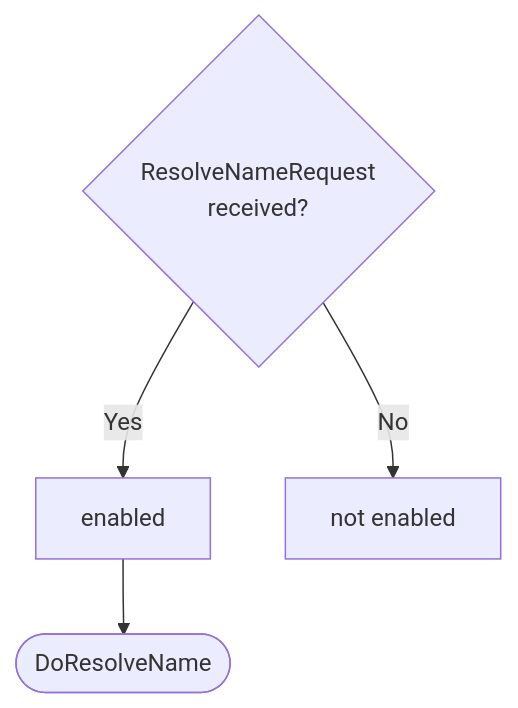
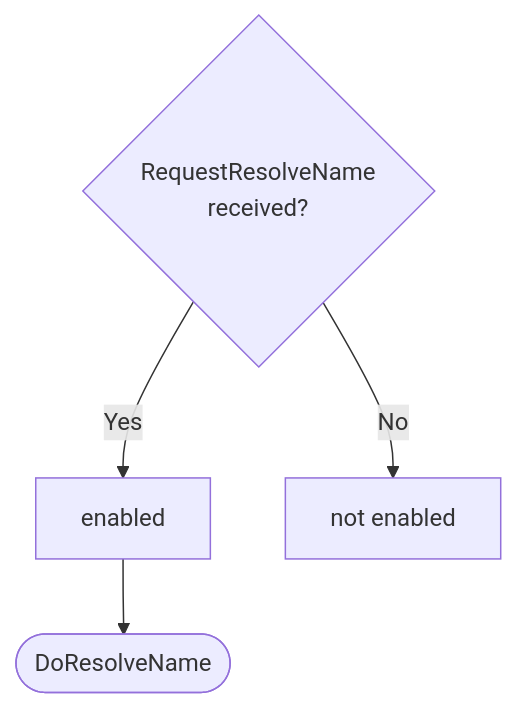
Before and after one commit to anoma/nspec: the first of 3 diagrams in docs/arch/node/engines/naming_behaviour.juvix.md, drawn with Mermaid. The commit also changed other lines of this file and 3 other files, not shown here.

````diff
--- a/docs/arch/node/engines/naming_behaviour.juvix.md
+++ b/docs/arch/node/engines/naming_behaviour.juvix.md
@@ -175,7 +183,7 @@
 ```mermaid
 flowchart TD
-    C{ResolveNameRequest<br>received?}
+    C{RequestResolveName<br>received?}
     C -->|Yes| D[enabled]
     C -->|No| E[not enabled]
     D --> F([DoResolveName])
 ```
````
